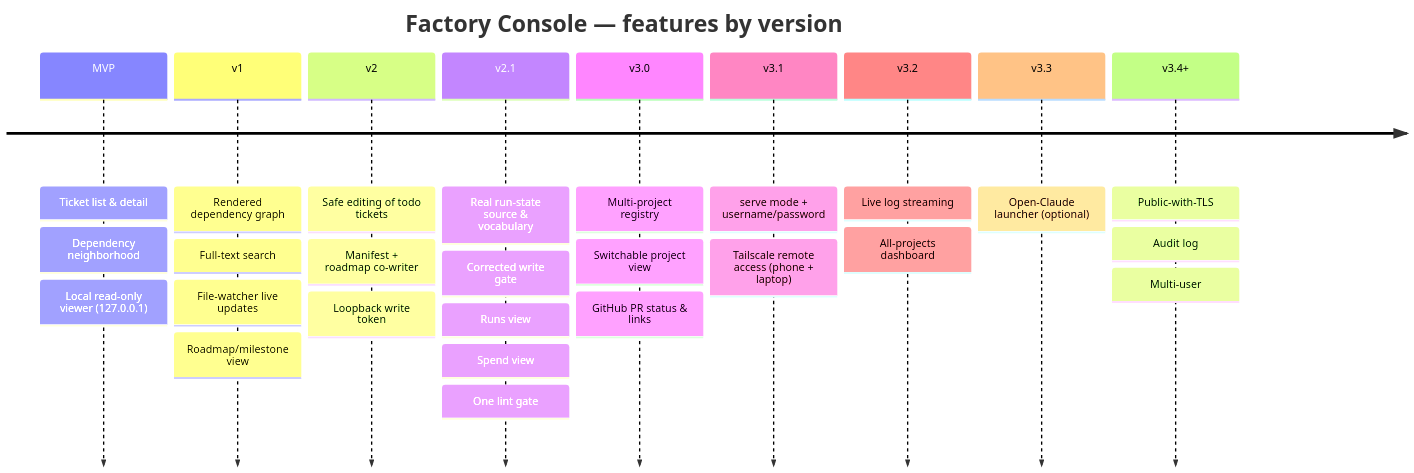
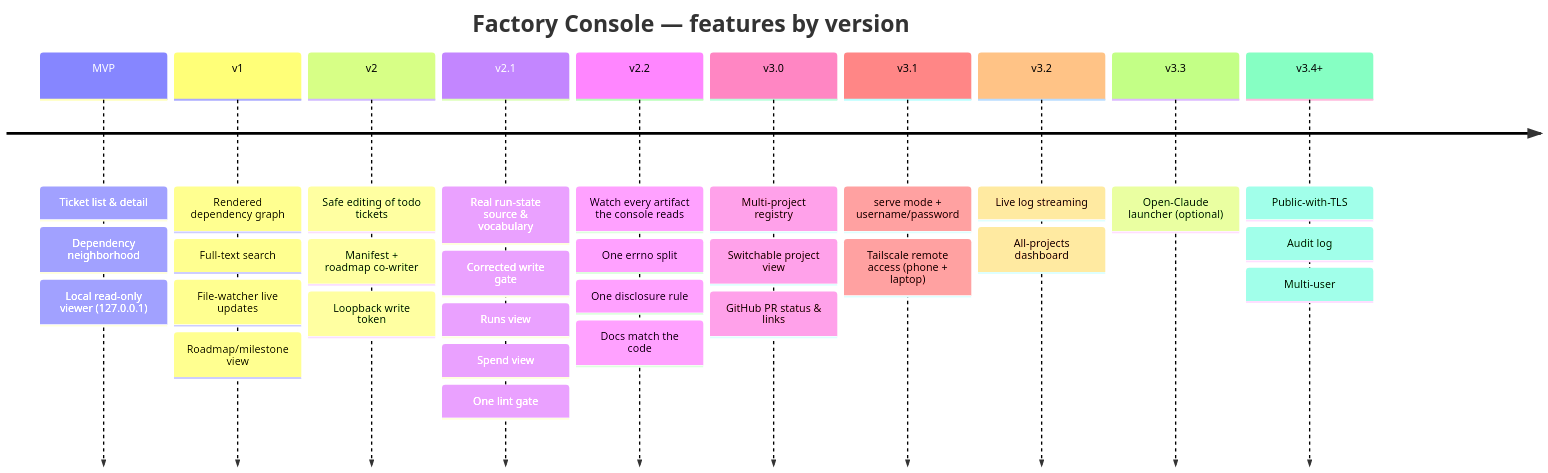
The diagram in docs/planning/ROADMAP.md (abbasihsn/factory-console), drawn with Mermaid before and after one commit. The commit also changed other lines of this file and 3 other files, not shown here.

````diff
--- a/docs/planning/ROADMAP.md
+++ b/docs/planning/ROADMAP.md
@@ -7,13 +7,14 @@
 ```mermaid
 timeline
     title Factory Console — features by version
     MVP : Ticket list & detail : Dependency neighborhood : Local read-only viewer (127.0.0.1)
     v1 : Rendered dependency graph : Full-text search : File-watcher live updates : Roadmap/milestone view
     v2 : Safe editing of todo tickets : Manifest + roadmap co-writer : Loopback write token
     v2.1 : Real run-state source & vocabulary : Corrected write gate : Runs view : Spend view : One lint gate
+    v2.2 : Watch every artifact the console reads : One errno split : One disclosure rule : Docs match the code
     v3.0 : Multi-project registry : Switchable project view : GitHub PR status & links
     v3.1 : serve mode + username/password : Tailscale remote access (phone + laptop)
     v3.2 : Live log streaming : All-projects dashboard
     v3.3 : Open-Claude launcher (optional)
     v3.4+ : Public-with-TLS : Audit log : Multi-user
 ```
````
